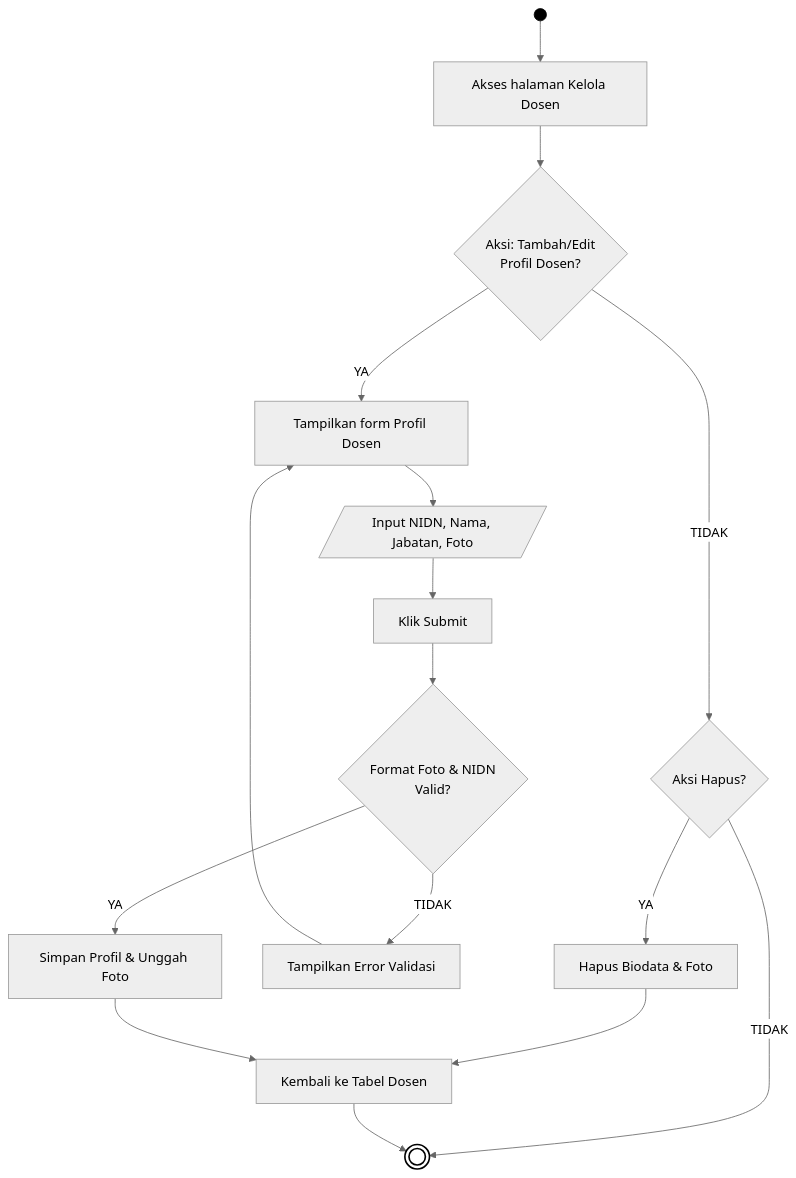
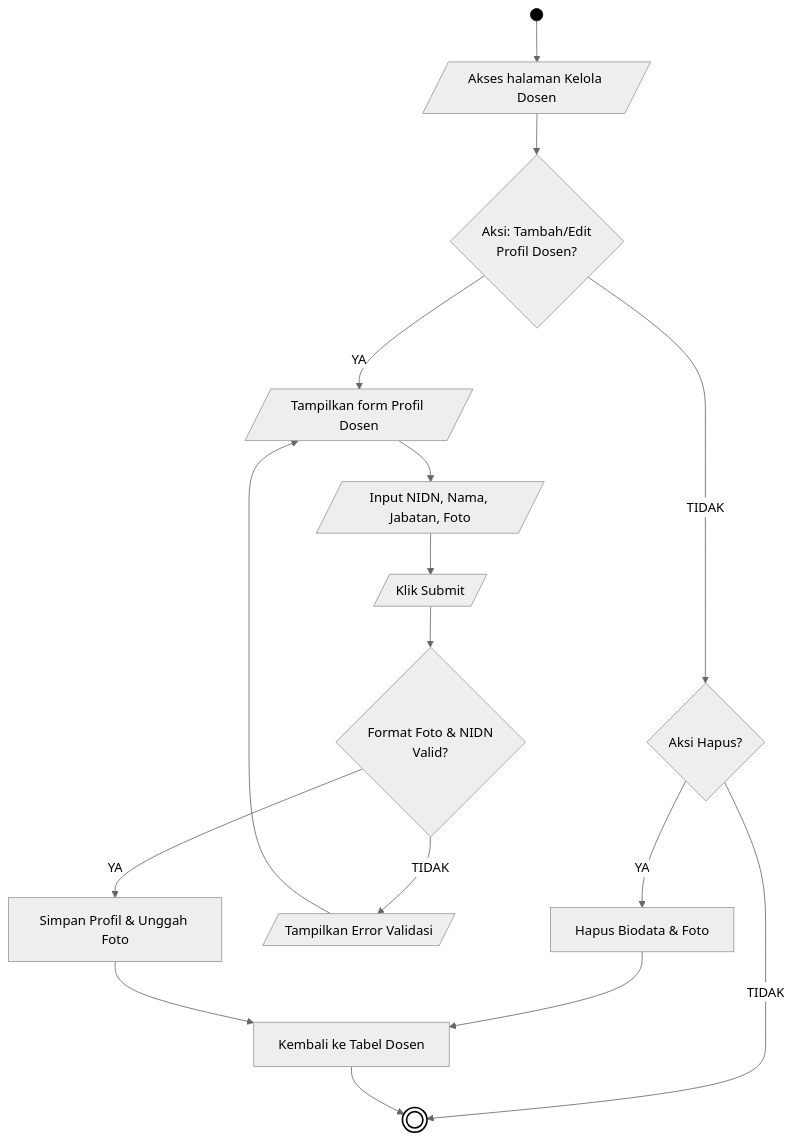
Before and after one commit to arbain-dev/Web_fikom: the eighth of 21 diagrams in docs/01_DIAGRAM_AKTIVITAS.md, drawn with Mermaid (neutral theme). The commit also changed other lines of this file, not shown here.

````diff
--- a/docs/01_DIAGRAM_AKTIVITAS.md
+++ b/docs/01_DIAGRAM_AKTIVITAS.md
@@ -249,26 +249,26 @@
 ```mermaid
 flowchart TD
-    Start(( )) --> A[Akses halaman Kelola Dosen]
+    Start(( )) --> A[/Akses halaman Kelola Dosen/]
     
     A --> B{Aksi: Tambah/Edit\nProfil Dosen?}
     
     B -- TIDAK --> Hapus{Aksi Hapus?}
     Hapus -- YA --> HC[Hapus Biodata & Foto]
     Hapus -- TIDAK --> End((( )))
     HC --> I[Kembali ke Tabel Dosen]
     
-    B -- YA --> C[Tampilkan form Profil Dosen]
+    B -- YA --> C[/Tampilkan form Profil Dosen/]
     C --> D[/Input NIDN, Nama, Jabatan, Foto/]
-    D --> E[Klik Submit]
+    D --> E[/Klik Submit/]
     
     E --> F{Format Foto & NIDN\nValid?}
-    F -- TIDAK --> G[Tampilkan Error Validasi]
+    F -- TIDAK --> G[/Tampilkan Error Validasi/]
     G --> C
     
     F -- YA --> H[Simpan Profil & Unggah Foto]
     H --> I
     I --> End
     
     style Start fill:#000,stroke:#000,color:#000
     style End fill:#fff,stroke:#000,stroke-width:2px
 ```
````
